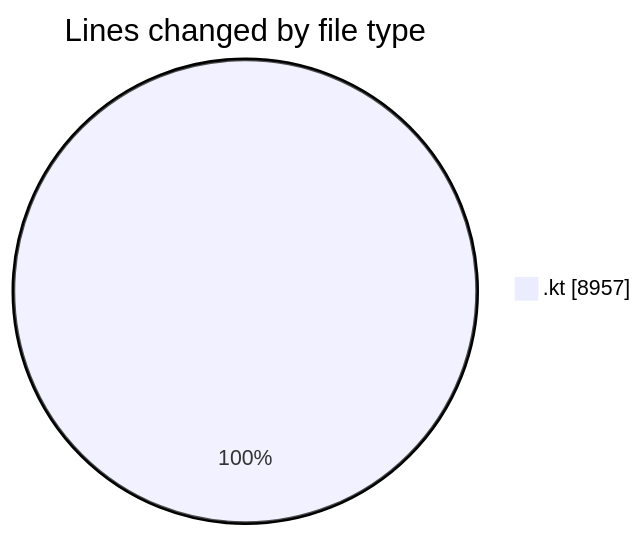
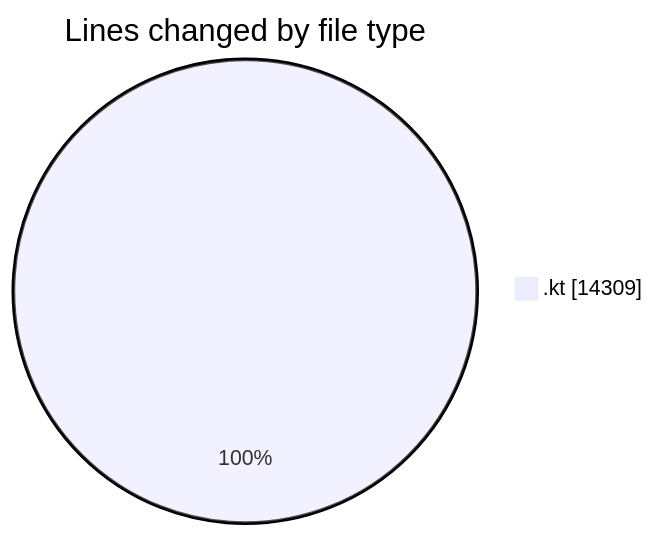
One commit to Unknowalive/code-tracking changed the first of 2 diagrams in 2026-04-08/t2s/README.md. Above: the diagram before and after it, drawn with Mermaid. The commit also changed other lines of this file and 1 other file, not shown here.

````diff
--- a/2026-04-08/t2s/README.md
+++ b/2026-04-08/t2s/README.md
@@ -43,5 +43,5 @@
 ```mermaid
 pie showData
 title Lines changed by file type
-".kt" : 8957
+".kt" : 14309
 ```
````
